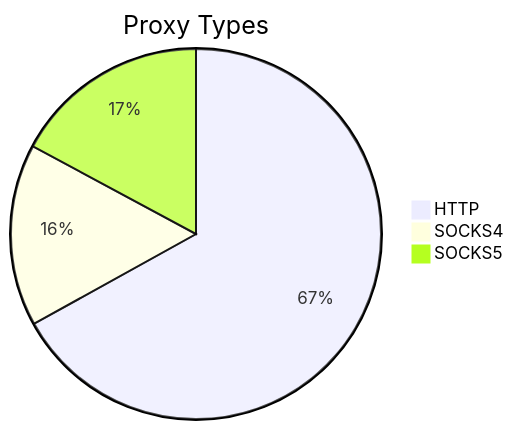
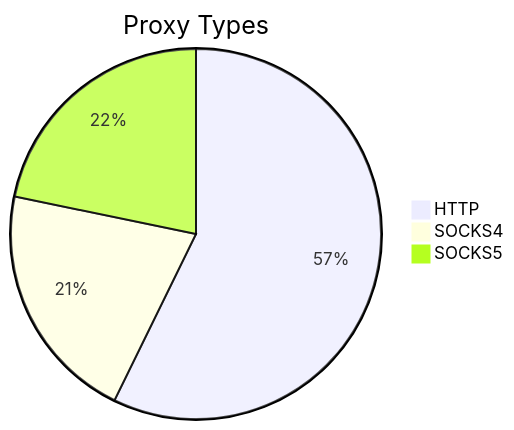
The first of 2 diagrams in README.md (stormsia/proxy-list), drawn with Mermaid before and after one commit. The commit also changed other lines of this file, not shown here.

````diff
--- a/README.md
+++ b/README.md
@@ -21,6 +21,6 @@
 ```mermaid
 pie title Proxy Types
-    "HTTP" : 320
-    "SOCKS4" : 76
-    "SOCKS5" : 82
+    "HTTP" : 150
+    "SOCKS4" : 55
+    "SOCKS5" : 57
 ```
````
